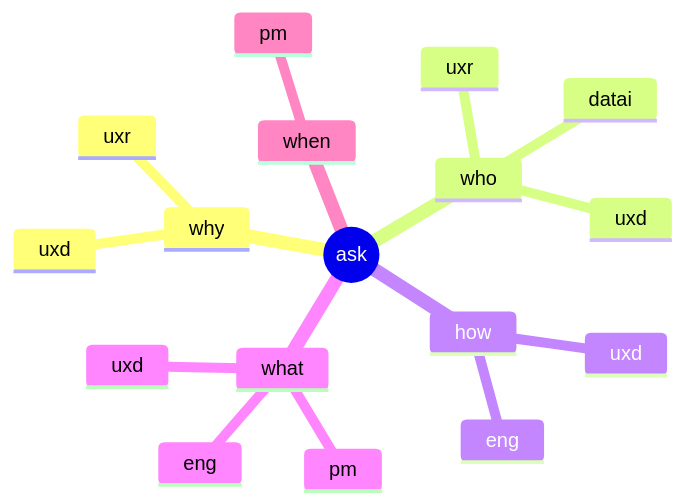
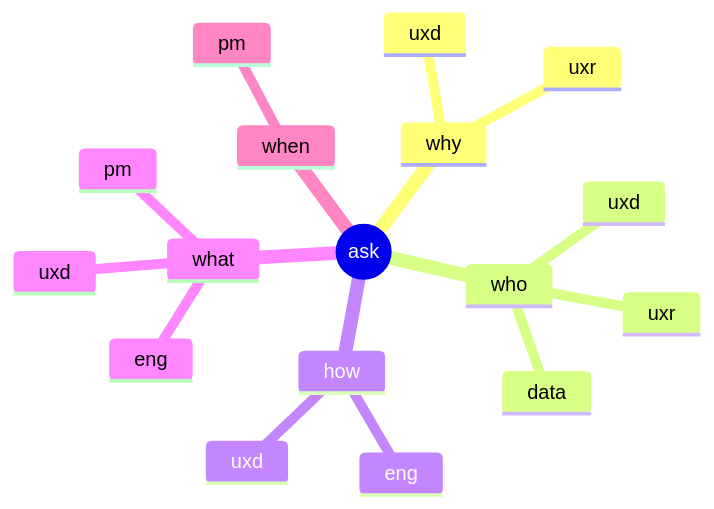
Before and after one commit to akiraei/study: the diagram in UX 리서치/고작 다섯 명이 한 말을 어떻게 믿어요/이해관계자, UX 리서처의 첫 연구 대상.md, drawn with Mermaid. The commit also changed other lines of this file and 1 other file, not shown here.

Commit message:
vault backup: 2024-12-19 10:02:19

````diff
--- a/UX 리서치/고작 다섯 명이 한 말을 어떻게 믿어요/이해관계자, UX 리서처의 첫 연구 대상.md
+++ b/UX 리서치/고작 다섯 명이 한 말을 어떻게 믿어요/이해관계자, UX 리서처의 첫 연구 대상.md
@@ -35,24 +44,21 @@
 ```mermaid
+%%{init: {'theme': 'default'}}%%
 mindmap
 	root((ask))
 		why
 			uxr
-
 			uxd
-
 		who
-
 			uxr
-
 			uxd
-			datai
+			data
 		how
 			uxd
 			eng
 		what
 			uxd
 			eng
 			pm
 		when
 			pm
 ```
````
